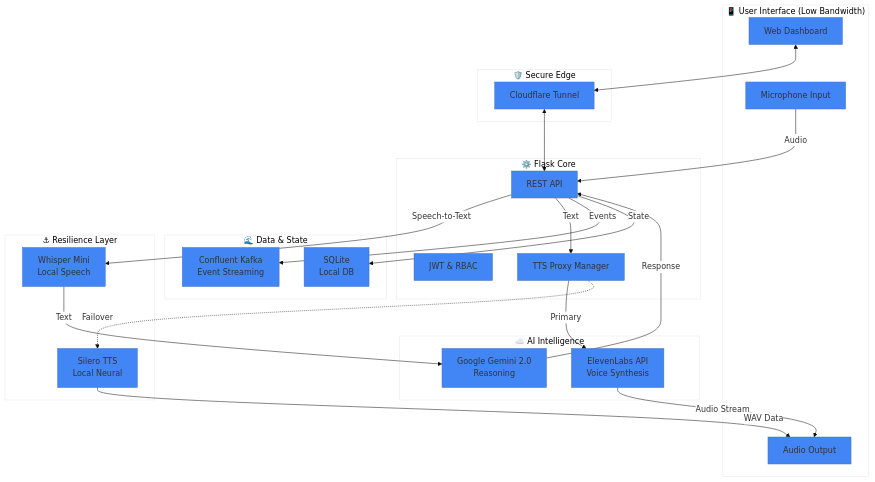
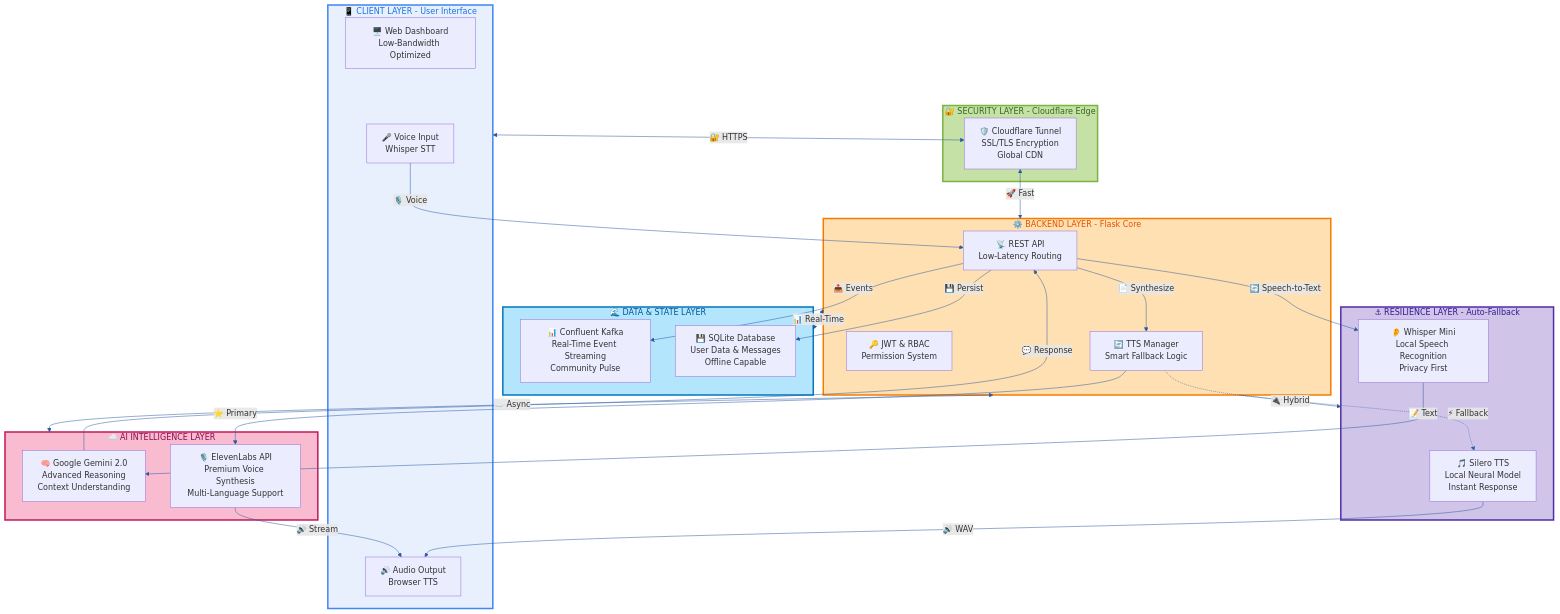
Before and after one commit to Jobeer1/Ubuntu-Patient-Care: the first of 3 diagrams in GOTG_version/RIS-1/SDOH-chat/README.md, drawn with Mermaid. The commit also changed other lines of this file and 1 other file, not shown here.

Commit message:
Enhancement: Make diagrams beautiful and human-readable with colors, emojis, and descriptive text

````diff
--- a/GOTG_version/RIS-1/SDOH-chat/README.md
+++ b/GOTG_version/RIS-1/SDOH-chat/README.md
@@ -92,51 +92,62 @@
 ```mermaid
-%%{init: {'theme': 'base', 'themeVariables': { 'primaryColor': '#4285F4', 'edgeLabelBackground':'#ffffff', 'tertiaryColor': '#fff'}}}%%
+%%{init: {'theme': 'default', 'themeVariables': { 'primaryColor': '#4285F4', 'primaryBorderColor': '#2C5AA0', 'primaryTextColor': '#fff', 'lineColor': '#2C5AA0', 'secondaryColor': '#34A853', 'tertiaryColor': '#EA4335', 'fontSize': '16px', 'fontFamily': 'arial'}}}%%
 graph TD
-    subgraph Client ["📱 User Interface (Low Bandwidth)"]
-        UI[Web Dashboard]
-        Mic[Microphone Input]
-        Speaker[Audio Output]
+    subgraph Client["📱 CLIENT LAYER - User Interface"]
+        UI["🖥️ Web Dashboard<br/>Low-Bandwidth Optimized"]
+        Mic["🎤 Voice Input<br/>Whisper STT"]
+        Speaker["🔊 Audio Output<br/>Browser TTS"]
     end
 
-    subgraph Edge ["🛡️ Secure Edge"]
-        CF[Cloudflare Tunnel]
+    subgraph Security["🔐 SECURITY LAYER - Cloudflare Edge"]
+        CF["🛡️ Cloudflare Tunnel<br/>SSL/TLS Encryption<br/>Global CDN"]
     end
 
-    subgraph Backend ["⚙️ Flask Core"]
-        API[REST API]
-        Auth[JWT & RBAC]
-        Proxy[TTS Proxy Manager]
+    subgraph Backend["⚙️ BACKEND LAYER - Flask Core"]
+        API["📡 REST API<br/>Low-Latency Routing"]
+        Auth["🔑 JWT & RBAC<br/>Permission System"]
+        Proxy["🔄 TTS Manager<br/>Smart Fallback Logic"]
     end
 
-    subgraph AI_Cloud ["☁️ AI Intelligence"]
-        Gemini["Google Gemini 2.0<br/>Reasoning"]
-        Eleven["ElevenLabs API<br/>Voice Synthesis"]
+    subgraph AI_Cloud["☁️ AI INTELLIGENCE LAYER"]
+        Gemini["🧠 Google Gemini 2.0<br/>Advanced Reasoning<br/>Context Understanding"]
+        Eleven["🎙️ ElevenLabs API<br/>Premium Voice Synthesis<br/>Multi-Language Support"]
     end
 
-    subgraph Data_Stream ["🌊 Data & State"]
-        Kafka["Confluent Kafka<br/>Event Streaming"]
-        SQLite["SQLite<br/>Local DB"]
+    subgraph Data_Stream["🌊 DATA & STATE LAYER"]
+        Kafka["📊 Confluent Kafka<br/>Real-Time Event Streaming<br/>Community Pulse"]
+        SQLite["💾 SQLite Database<br/>User Data & Messages<br/>Offline Capable"]
     end
 
-    subgraph Fallback ["⚓ Resilience Layer"]
-        Silero["Silero TTS<br/>Local Neural"]
-        Whisper["Whisper Mini<br/>Local Speech"]
+    subgraph Fallback["⚓ RESILIENCE LAYER - Auto-Fallback"]
+        Silero["🎵 Silero TTS<br/>Local Neural Model<br/>Instant Response"]
+        Whisper["👂 Whisper Mini<br/>Local Speech Recognition<br/>Privacy First"]
     end
 
-    Mic -->|Audio| API
-    API -->|Speech-to-Text| Whisper
-    Whisper -->|Text| Gemini
-    Gemini -->|Response| API
+    Mic -->|🎙️ Voice| API
+    API -->|🔄 Speech-to-Text| Whisper
+    Whisper -->|📝 Text| Gemini
+    Gemini -->|💬 Response| API
     
-    API -->|Text| Proxy
-    Proxy -->|Primary| Eleven
-    Proxy -.->|Failover| Silero
+    API -->|📄 Synthesize| Proxy
+    Proxy -->|⭐ Primary| Eleven
+    Proxy -.->|⚡ Fallback| Silero
     
-    Eleven -->|Audio Stream| Speaker
-    Silero -->|WAV Data| Speaker
+    Eleven -->|🔊 Stream| Speaker
+    Silero -->|🔊 WAV| Speaker
     
-    API -->|Events| Kafka
-    API -->|State| SQLite
+    API -->|📤 Events| Kafka
+    API -->|💾 Persist| SQLite
     
-    UI <--> CF <--> API
+    Client <-->|🔐 HTTPS| CF
+    CF <-->|🚀 Fast| Backend
+    Backend <-->|☁️ Async| AI_Cloud
+    Backend -->|🔌 Hybrid| Fallback
+    Backend <-->|📊 Real-Time| Data_Stream
+
+    style Client fill:#E8F0FE,stroke:#4285F4,stroke-width:3px,color:#1a73e8
+    style Security fill:#C5E1A5,stroke:#7CB342,stroke-width:3px,color:#33691E
+    style Backend fill:#FFE0B2,stroke:#F57C00,stroke-width:3px,color:#E65100
+    style AI_Cloud fill:#F8BBD0,stroke:#C2185B,stroke-width:3px,color:#880E4F
+    style Data_Stream fill:#B3E5FC,stroke:#0277BD,stroke-width:3px,color:#01579B
+    style Fallback fill:#D1C4E9,stroke:#512DA8,stroke-width:3px,color:#311B92
 ```
````
